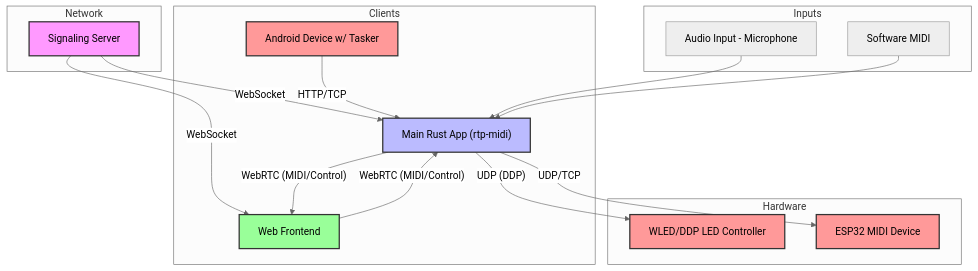
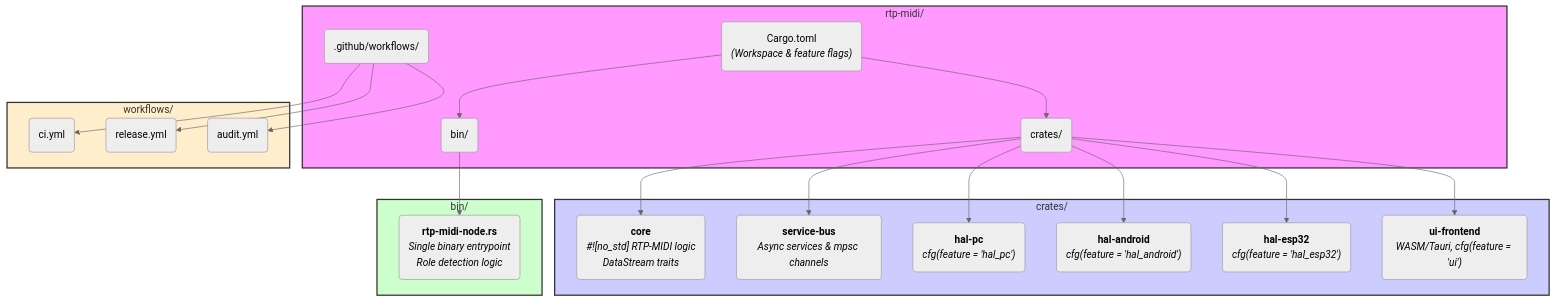
The diagram in README.md (sparesparrow/rtp-midi), drawn with Mermaid (neutral theme) before and after one commit. The commit also changed other lines of this file and 8 other files, not shown here.

````diff
--- a/README.md
+++ b/README.md
@@ -174,43 +20,39 @@
 ```mermaid
 graph TD
-    subgraph Network
-        A[Signaling Server]
+    subgraph Root["rtp-midi/"]
+        A("Cargo.toml<br/><i>(Workspace & feature flags)</i>")
+        B(crates/)
+        C(bin/)
+        D(.github/workflows/)
     end
-
-    subgraph Hardware
-        C[WLED/DDP LED Controller]
-        D[ESP32 MIDI Device]
+    A --> B
+    A --> C
+    subgraph Crates["crates/"]
+        B1("<b>core</b><br/><i>#![no_std] RTP-MIDI logic<br/>DataStream traits</i>")
+        B2("<b>service-bus</b><br/><i>Async services & mpsc channels</i>")
+        B3("<b>hal-pc</b><br/><i>cfg(feature = 'hal_pc')</i>")
+        B4("<b>hal-android</b><br/><i>cfg(feature = 'hal_android')</i>")
+        B5("<b>hal-esp32</b><br/><i>cfg(feature = 'hal_esp32')</i>")
+        B6("<b>ui-frontend</b><br/><i>WASM/Tauri, cfg(feature = 'ui')</i>")
     end
-
-    subgraph Clients
-        B["Main Rust App (rtp-midi)"]
-        E[Web Frontend]
-        F[Android Device w/ Tasker]
+    B --> B1
+    B --> B2
+    B --> B3
+    B --> B4
+    B --> B5
+    B --> B6
+    subgraph Binaries["bin/"]
+        C1("<b>rtp-midi-node.rs</b><br/><i>Single binary entrypoint<br/>Role detection logic</i>")
     end
-
-    subgraph Inputs
-        G[Audio Input - Microphone]
-        H[Software MIDI]
+    C --> C1
+    subgraph CI_CD["workflows/"]
+        D1("ci.yml")
+        D2("release.yml")
+        D3("audit.yml")
     end
-
-    A -- WebSocket --> B;
-    A -- WebSocket --> E;
-
-    B -- WebRTC (MIDI/Control) --> E;
-    E -- WebRTC (MIDI/Control) --> B;
-
-    B -- UDP (DDP) --> C;
-    B -- UDP/TCP --> D;
-
-    F -- HTTP/TCP --> B;
-
-    G --> B;
-    H --> B;
-
-    style A fill:#f9f,stroke:#333,stroke-width:2px
-    style B fill:#bbf,stroke:#333,stroke-width:2px
-    style E fill:#9f9,stroke:#333,stroke-width:2px
-    style C fill:#f99,stroke:#333,stroke-width:2px
-    style D fill:#f99,stroke:#333,stroke-width:2px
-    style F fill:#f99,stroke:#333,stroke-width:2px
+    D --> D1 & D2 & D3
+    style Root fill:#f9f,stroke:#333,stroke-width:2px
+    style Crates fill:#ccf,stroke:#333,stroke-width:2px
+    style Binaries fill:#cfc,stroke:#333,stroke-width:2px
+    style CI_CD fill:#fec,stroke:#333,stroke-width:2px
 ```
````
